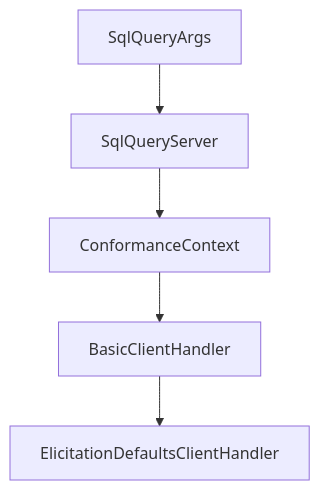
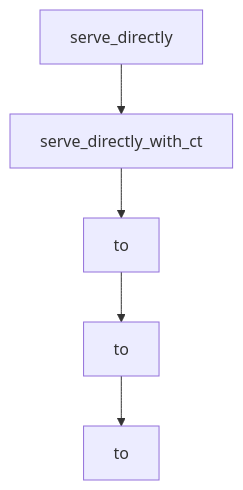
One commit to johnxie/awesome-code-docs changed the diagram in tutorials/mcp-rust-sdk-tutorial/01-getting-started-and-crate-setup.md. Above: the diagram before and after it, drawn with Mermaid. The commit also changed other lines of this file and 1232 other files, not shown here.

````diff
--- a/tutorials/mcp-rust-sdk-tutorial/01-getting-started-and-crate-setup.md
+++ b/tutorials/mcp-rust-sdk-tutorial/01-getting-started-and-crate-setup.md
@@ -213,12 +211,12 @@
 ```mermaid
 flowchart TD
-    A[SqlQueryArgs]
-    B[SqlQueryServer]
-    C[ConformanceContext]
-    D[BasicClientHandler]
-    E[ElicitationDefaultsClientHandler]
+    A[serve_directly]
+    B[serve_directly_with_ct]
+    C[to]
+    D[to]
+    E[to]
     A --> B
     B --> C
     C --> D
     D --> E
 ```
````
